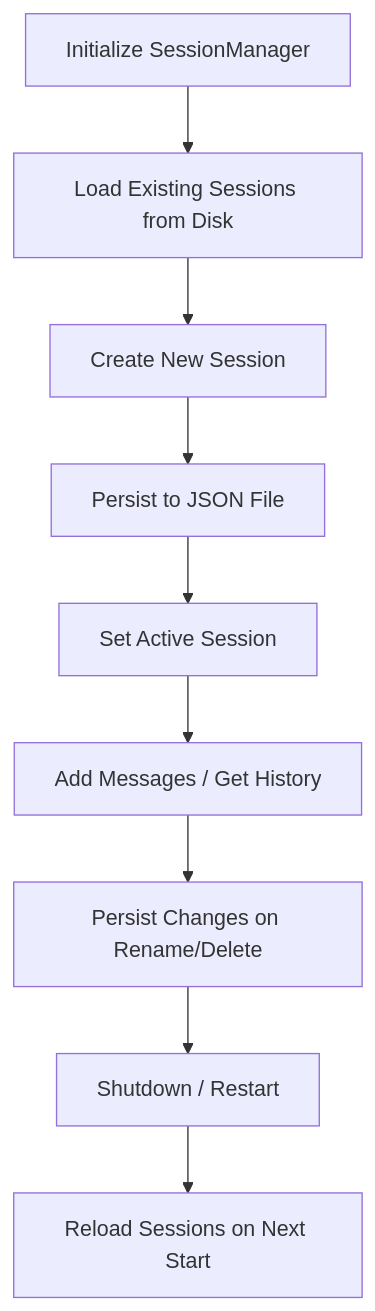
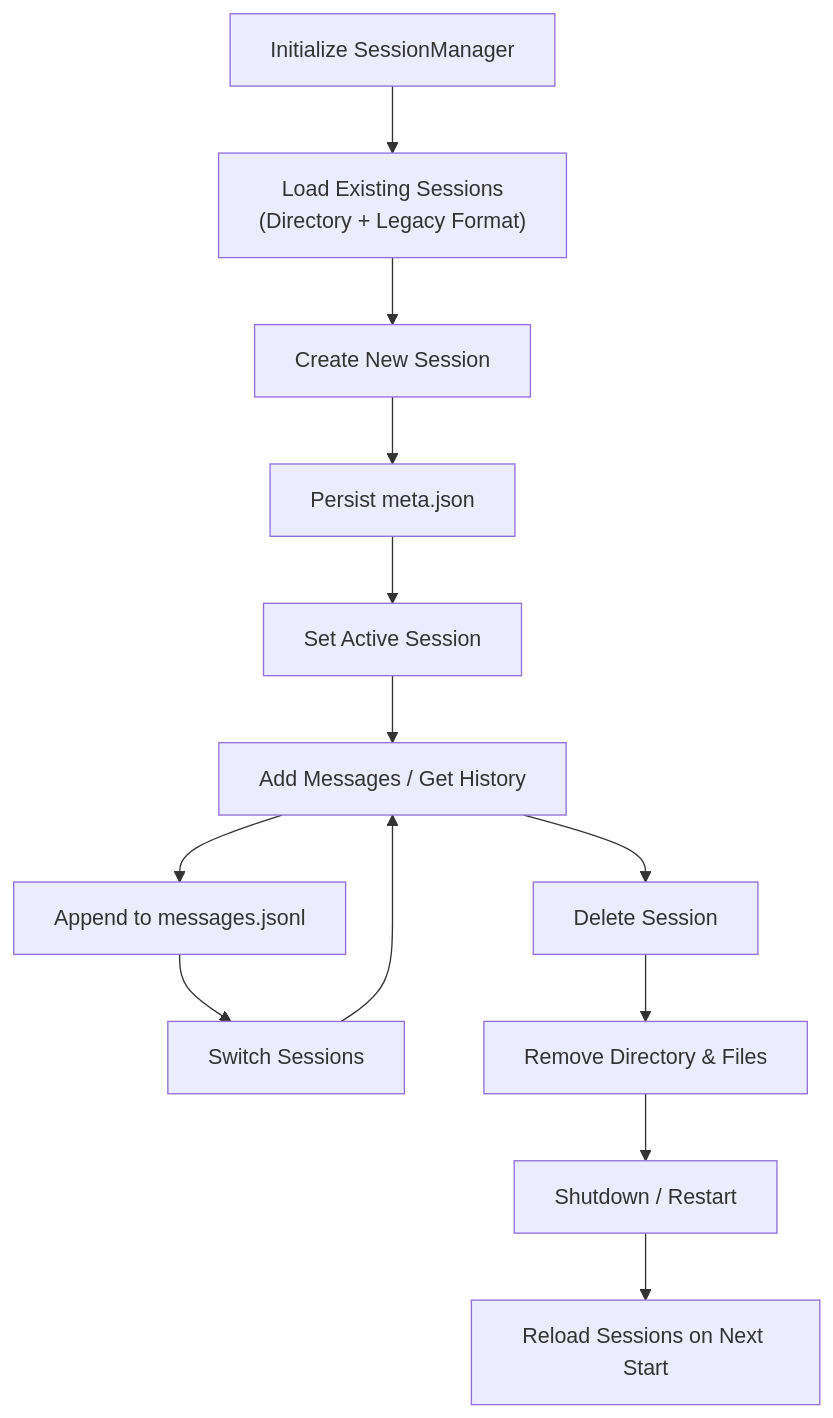
Before and after one commit to 1996Paul-Wen/HarnessAIDemo: the sixth of 7 diagrams in .qoder/repowiki/en/content/Advanced Features/Session Management.md, drawn with Mermaid. The commit also changed other lines of this file and 4 other files, not shown here.

````diff
--- a/.qoder/repowiki/en/content/Advanced Features/Session Management.md
+++ b/.qoder/repowiki/en/content/Advanced Features/Session Management.md
@@ -264,11 +283,15 @@
 ```mermaid
 flowchart TD
-Init["Initialize SessionManager"] --> Load["Load Existing Sessions from Disk"]
+Init["Initialize SessionManager"] --> Load["Load Existing Sessions<br/>(Directory + Legacy Format)"]
 Load --> Create["Create New Session"]
-Create --> Persist["Persist to JSON File"]
-Persist --> Active["Set Active Session"]
+Create --> PersistMeta["Persist meta.json"]
+PersistMeta --> Active["Set Active Session"]
 Active --> Use["Add Messages / Get History"]
-Use --> PersistUpdate["Persist Changes on Rename/Delete"]
-PersistUpdate --> Shutdown["Shutdown / Restart"]
+Use --> PersistMsg["Append to messages.jsonl"]
+PersistMsg --> Switch["Switch Sessions"]
+Switch --> Use
+Use --> Delete["Delete Session"]
+Delete --> Cleanup["Remove Directory & Files"]
+Cleanup --> Shutdown["Shutdown / Restart"]
 Shutdown --> Reload["Reload Sessions on Next Start"]
 ```
````
